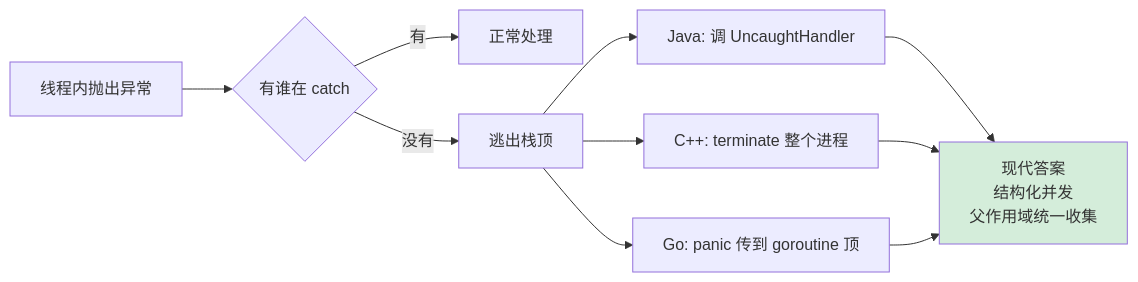
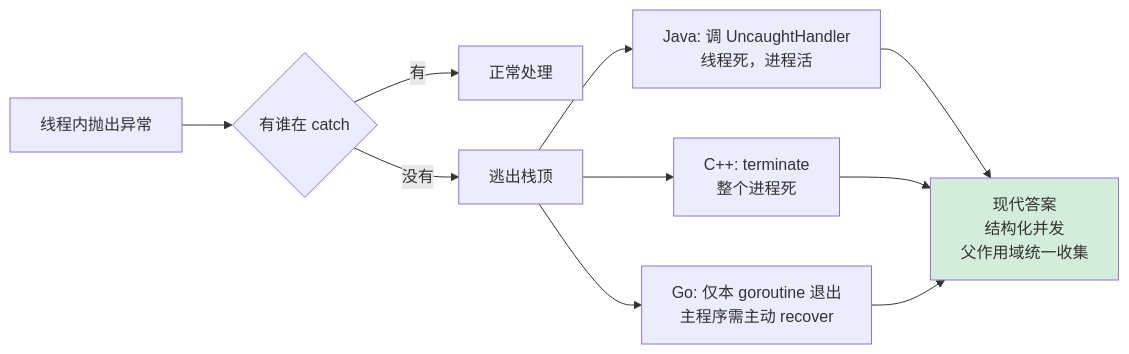
Before and after one commit to chongyang211/YCBookBlog: the first of 6 diagrams in 00.通用技术的提升/02.程序编程原理/13.线程异常设计原理.md, drawn with Mermaid. The commit also changed other lines of this file and 2 other files, not shown here.

````diff
--- a/00.通用技术的提升/02.程序编程原理/13.线程异常设计原理.md
+++ b/00.通用技术的提升/02.程序编程原理/13.线程异常设计原理.md
@@ -9,11 +9,11 @@
 ```mermaid
 flowchart LR
     A[线程内抛出异常] --> B{有谁在 catch}
     B -->|有| C1[正常处理]
     B -->|没有| C2[逃出栈顶]
-    C2 --> D1[Java: 调 UncaughtHandler]
-    C2 --> D2[C++: terminate 整个进程]
-    C2 --> D3[Go: panic 传到 goroutine 顶]
+    C2 --> D1[Java: 调 UncaughtHandler<br/>线程死，进程活]
+    C2 --> D2[C++: terminate<br/>整个进程死]
+    C2 --> D3[Go: 仅本 goroutine 退出<br/>主程序需主动 recover]
     D1 & D2 & D3 --> E[现代答案<br/>结构化并发<br/>父作用域统一收集]
     style E fill:#d4edda
 ```
````
